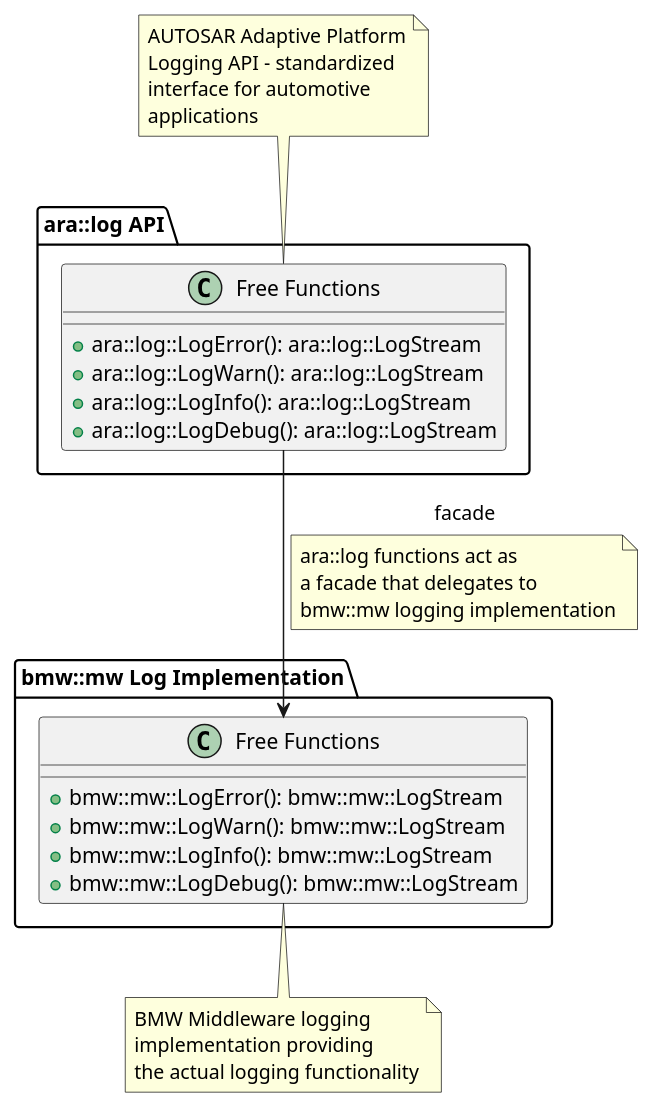
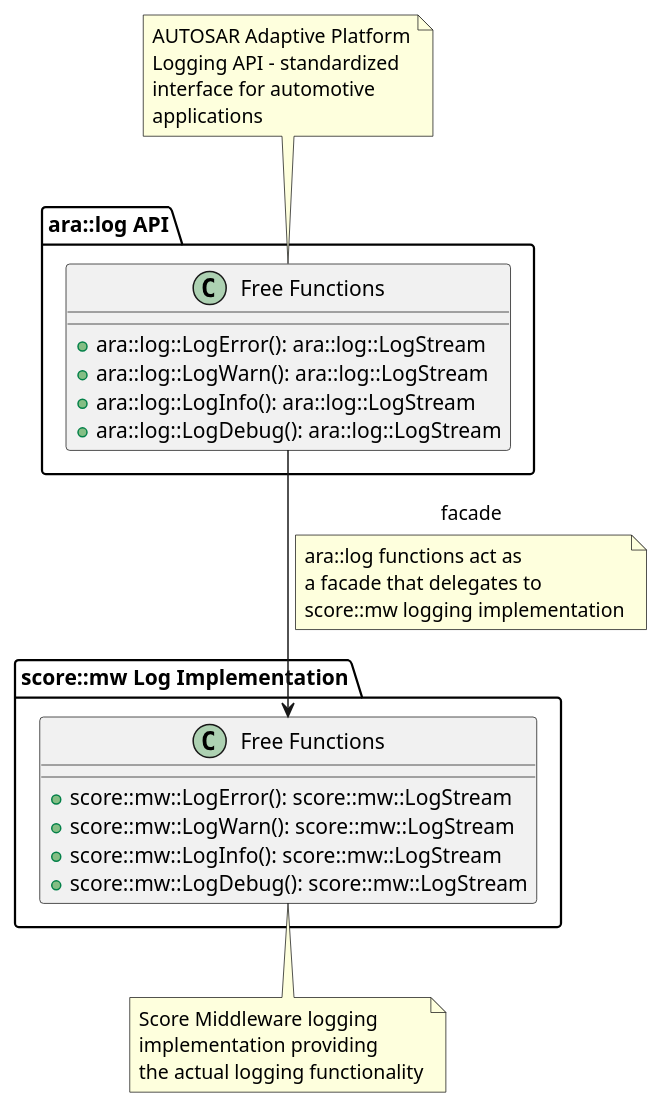
The diagram in design/verbose_logging_ara_log_interaction.puml (eclipse-score/inc_mw_log), drawn with PlantUML before and after one commit. The commit also changed 2 other files, not shown here.

Commit message:
Fixed diagrams
 - `design/wait_free_stack_trypush.puml`
 - `design/verbose_logging_static.puml`
 - `design/verbose_logging_ara_log_interaction.puml`

```diff
--- a/design/verbose_logging_ara_log_interaction.puml
+++ b/design/verbose_logging_ara_log_interaction.puml
@@ -1,42 +1,42 @@
 @startuml verbose_logging_ara_log_interaction
 
 package "ara::log API" {
   class "Free Functions" as AraLogFunctions {
     + ara::log::LogError(): ara::log::LogStream
     + ara::log::LogWarn(): ara::log::LogStream
     + ara::log::LogInfo(): ara::log::LogStream
     + ara::log::LogDebug(): ara::log::LogStream
   }
 }
 
-package "bmw::mw Log Implementation" {
-  class "Free Functions" as BmwMwLogFunctions {
-    + bmw::mw::LogError(): bmw::mw::LogStream
-    + bmw::mw::LogWarn(): bmw::mw::LogStream
-    + bmw::mw::LogInfo(): bmw::mw::LogStream
-    + bmw::mw::LogDebug(): bmw::mw::LogStream
+package "score::mw Log Implementation" {
+  class "Free Functions" as ScoreMwLogFunctions {
+    + score::mw::LogError(): score::mw::LogStream
+    + score::mw::LogWarn(): score::mw::LogStream
+    + score::mw::LogInfo(): score::mw::LogStream
+    + score::mw::LogDebug(): score::mw::LogStream
   }
 }
 
-AraLogFunctions --> BmwMwLogFunctions : facade
+AraLogFunctions --> ScoreMwLogFunctions : facade
 
 note top of AraLogFunctions
   AUTOSAR Adaptive Platform
   Logging API - standardized
   interface for automotive
   applications
 end note
 
-note bottom of BmwMwLogFunctions
-  BMW Middleware logging
+note bottom of ScoreMwLogFunctions
+  Score Middleware logging
   implementation providing
   the actual logging functionality
 end note
 
 note on link
   ara::log functions act as
   a facade that delegates to
-  bmw::mw logging implementation
+  score::mw logging implementation
 end note
 
 @enduml
```
